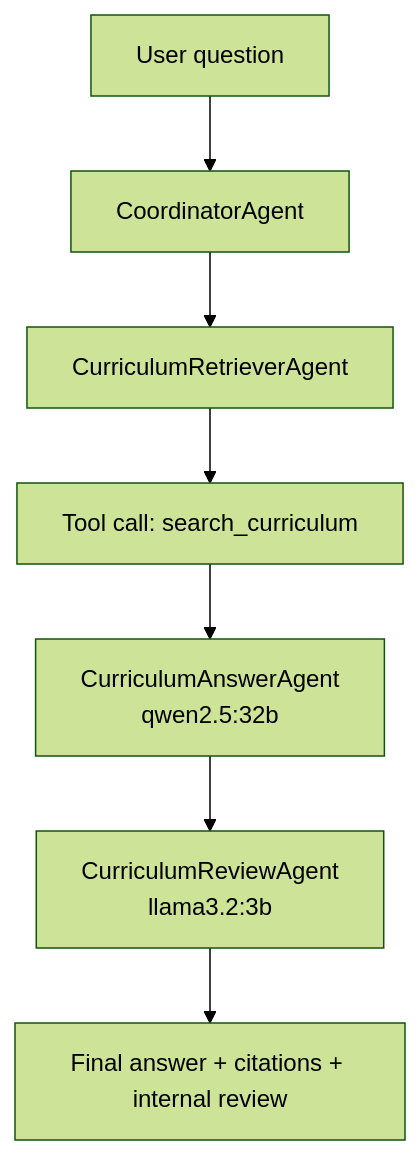
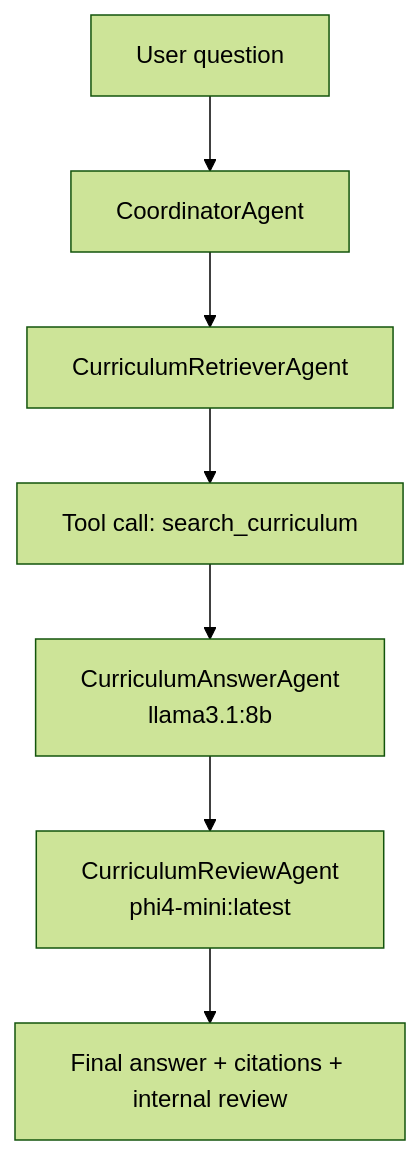
The diagram in Evaluation_Agentic_Tool/agent-eval/README.md (namanh2508/Multi-Agent_Agentic_INSECLAB), drawn with Mermaid (forest theme) before and after one commit. The commit also changed other lines of this file and 12 other files, not shown here.

````diff
--- a/Evaluation_Agentic_Tool/agent-eval/README.md
+++ b/Evaluation_Agentic_Tool/agent-eval/README.md
@@ -79,9 +82,9 @@
 ```mermaid
 flowchart TD
     U["User question"] --> C["CoordinatorAgent"]
     C --> R["CurriculumRetrieverAgent"]
     R --> T["Tool call: search_curriculum"]
-    T --> A["CurriculumAnswerAgent<br/>qwen2.5:32b"]
-    A --> V["CurriculumReviewAgent<br/>llama3.2:3b"]
+    T --> A["CurriculumAnswerAgent<br/>llama3.1:8b"]
+    A --> V["CurriculumReviewAgent<br/>phi4-mini:latest"]
     V --> O["Final answer + citations + internal review"]
 ```
````
